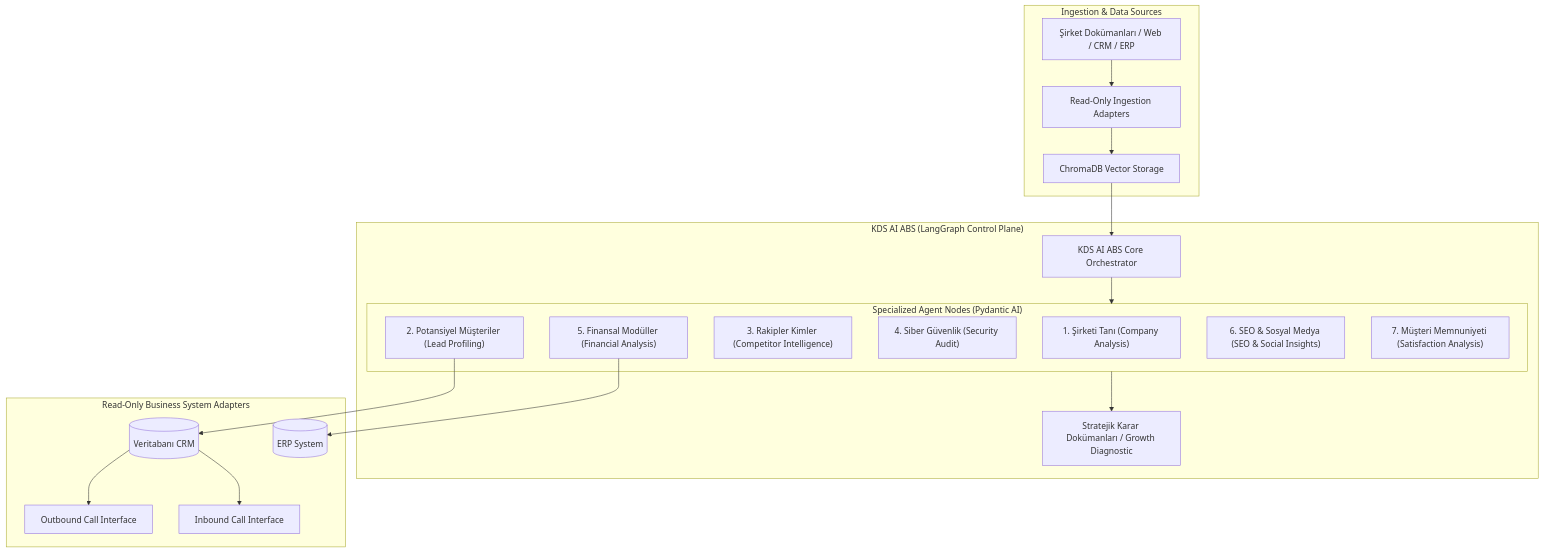
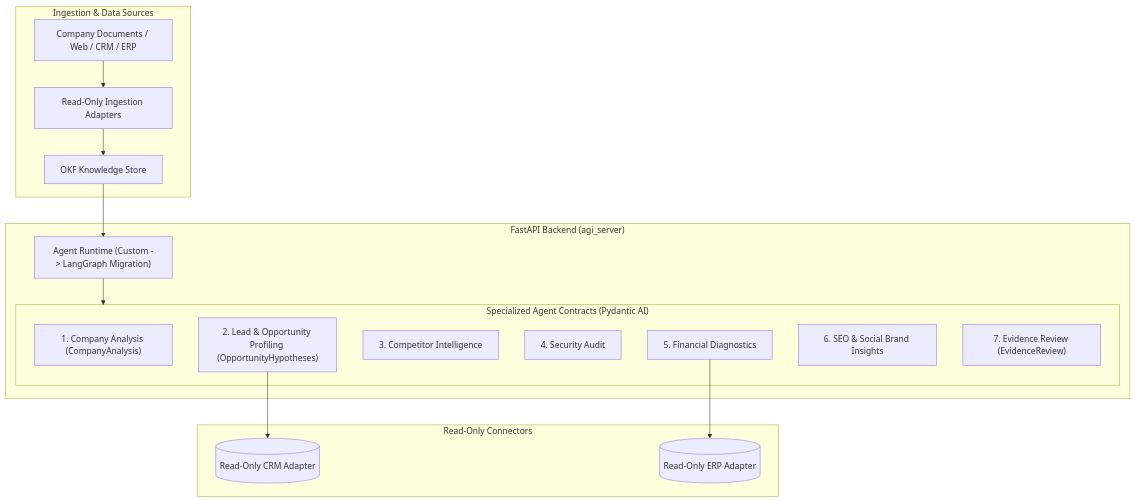
One commit to beratolmez/agenstfer-agi changed the second of 2 diagrams in docs/SYSTEM_ARCHITECTURE.md. Above: the diagram before and after it, drawn with Mermaid. The commit also changed other lines of this file and 24 other files, not shown here.

Commit message:
feat(runtime): complete LangGraph migration phases 1-7 with ExecutionContext, capability allowlist, active OKF RAG, and approved MCP gateway

````diff
--- a/docs/SYSTEM_ARCHITECTURE.md
+++ b/docs/SYSTEM_ARCHITECTURE.md
@@ -100,37 +83,33 @@
 ```mermaid
 flowchart TD
     subgraph Ingestion["Ingestion & Data Sources"]
-        SRC["Şirket Dokümanları / Web / CRM / ERP"]
+        SRC["Company Documents / Web / CRM / ERP"]
         ING["Read-Only Ingestion Adapters"]
-        CHROMA["ChromaDB Vector Storage"]
+        KNOW["OKF Knowledge Store"]
     end
 
-    subgraph KDS["KDS AI ABS (LangGraph Control Plane)"]
-        ABS["KDS AI ABS Core Orchestrator"]
-        STRAT["Stratejik Karar Dokümanları / Growth Diagnostic"]
+    subgraph CoreEngine["FastAPI Backend (agi_server)"]
+        ORCH["Agent Runtime (Custom -> LangGraph Migration)"]
         
-        subgraph Nodes["Specialized Agent Nodes (Pydantic AI)"]
-            N1["1. Şirketi Tanı (Company Analysis)"]
-            N2["2. Potansiyel Müşteriler (Lead Profiling)"]
-            N3["3. Rakipler Kimler (Competitor Intelligence)"]
-            N4["4. Siber Güvenlik (Security Audit)"]
-            N5["5. Finansal Modüller (Financial Analysis)"]
-            N6["6. SEO & Sosyal Medya (SEO & Social Insights)"]
-            N7["7. Müşteri Memnuniyeti (Satisfaction Analysis)"]
+        subgraph Nodes["Specialized Agent Contracts (Pydantic AI)"]
+            N1["1. Company Analysis (CompanyAnalysis)"]
+            N2["2. Lead & Opportunity Profiling (OpportunityHypotheses)"]
+            N3["3. Competitor Intelligence"]
+            N4["4. Security Audit"]
+            N5["5. Financial Diagnostics"]
+            N6["6. SEO & Social Brand Insights"]
+            N7["7. Evidence Review (EvidenceReview)"]
         end
     end
 
-    subgraph Connectors["Read-Only Business System Adapters"]
-        DB_CRM[(Veritabanı CRM)]
-        ERP_SYS[(ERP System)]
-        CALL_OUT[Outbound Call Interface]
-        CALL_IN[Inbound Call Interface]
+    subgraph Connectors["Read-Only Connectors"]
+        CRM[(Read-Only CRM Adapter)]
+        ERP[(Read-Only ERP Adapter)]
     end
 
-    SRC --> ING --> CHROMA
-    CHROMA --> ABS
-    ABS --> Nodes
-    Nodes --> STRAT
-    N2 --> DB_CRM --> CALL_OUT & CALL_IN
-    N5 --> ERP_SYS
+    SRC --> ING --> KNOW
+    KNOW --> ORCH
+    ORCH --> Nodes
+    N2 --> CRM
+    N5 --> ERP
 ```
````
